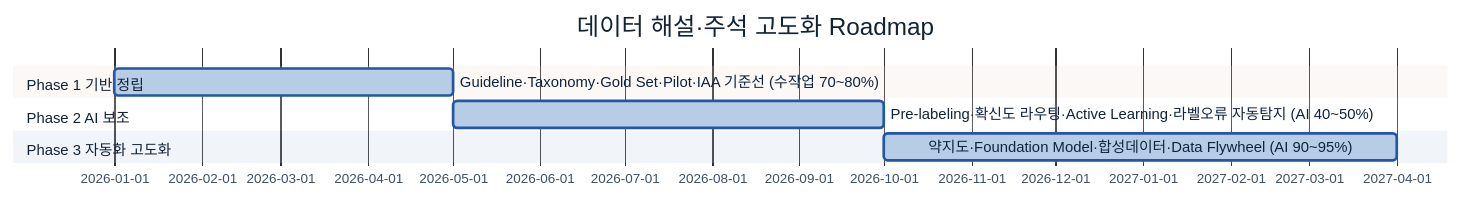
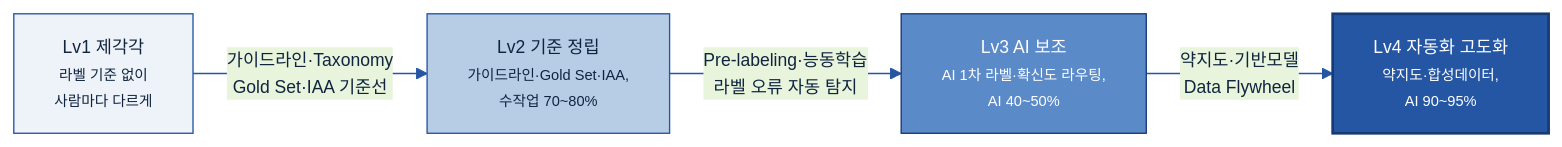
Before and after one commit to jin-kearney/ai-ready-data-manual: the eighth of 8 diagrams in 가이드 작성/B-2 데이터 해설·주석/B-2 데이터 해설·주석.md, drawn with Mermaid. The commit also changed other lines of this file and 3 other files, not shown here.

````diff
--- a/가이드 작성/B-2 데이터 해설·주석/B-2 데이터 해설·주석.md
+++ b/가이드 작성/B-2 데이터 해설·주석/B-2 데이터 해설·주석.md
@@ -557,12 +557,15 @@
 ```mermaid
-%%{init: {'theme':'base','themeVariables':{'primaryColor':'#B7CDE6','primaryBorderColor':'#2456A4','primaryTextColor':'#10243f','lineColor':'#2456A4','fontSize':'13px'}}}%%
-gantt
-    title 데이터 해설·주석 고도화 Roadmap
-    dateFormat YYYY-MM
-    section Phase 1 기반 정립
-    Guideline·Taxonomy·Gold Set·Pilot·IAA 기준선 (수작업 70~80%) :p1, 2026-01, 4M
-    section Phase 2 AI 보조
-    Pre-labeling·확신도 라우팅·Active Learning·라벨오류 자동탐지 (AI 40~50%) :p2, after p1, 5M
-    section Phase 3 자동화 고도화
-    약지도·Foundation Model·합성데이터·Data Flywheel (AI 90~95%) :p3, after p2, 6M
+%%{init: {'theme':'base','themeVariables':{'primaryColor':'#DCE8F5','primaryBorderColor':'#2456A4','primaryTextColor':'#10243f','lineColor':'#2456A4','fontSize':'13px'}}}%%
+flowchart LR
+    L1["Lv1 제각각<br/><small>라벨 기준 없이<br/>사람마다 다르게</small>"]:::l1
+    L2["Lv2 기준 정립<br/><small>가이드라인·Gold Set·IAA,<br/>수작업 70~80%</small>"]:::l2
+    L3["Lv3 AI 보조<br/><small>AI 1차 라벨·확신도 라우팅,<br/>AI 40~50%</small>"]:::l3
+    L4["Lv4 자동화 고도화<br/><small>약지도·합성데이터,<br/>AI 90~95%</small>"]:::l4
+    L1 -->|"가이드라인·Taxonomy<br/>Gold Set·IAA 기준선"| L2
+    L2 -->|"Pre-labeling·능동학습<br/>라벨 오류 자동 탐지"| L3
+    L3 -->|"약지도·기반모델<br/>Data Flywheel"| L4
+    classDef l1 fill:#EEF3FA,stroke:#2456A4,color:#10243f;
+    classDef l2 fill:#B7CDE6,stroke:#2456A4,color:#10243f;
+    classDef l3 fill:#5B8AC9,stroke:#163a73,color:#fff;
+    classDef l4 fill:#2456A4,stroke:#163a73,color:#fff,stroke-width:2px;
 ```
````
